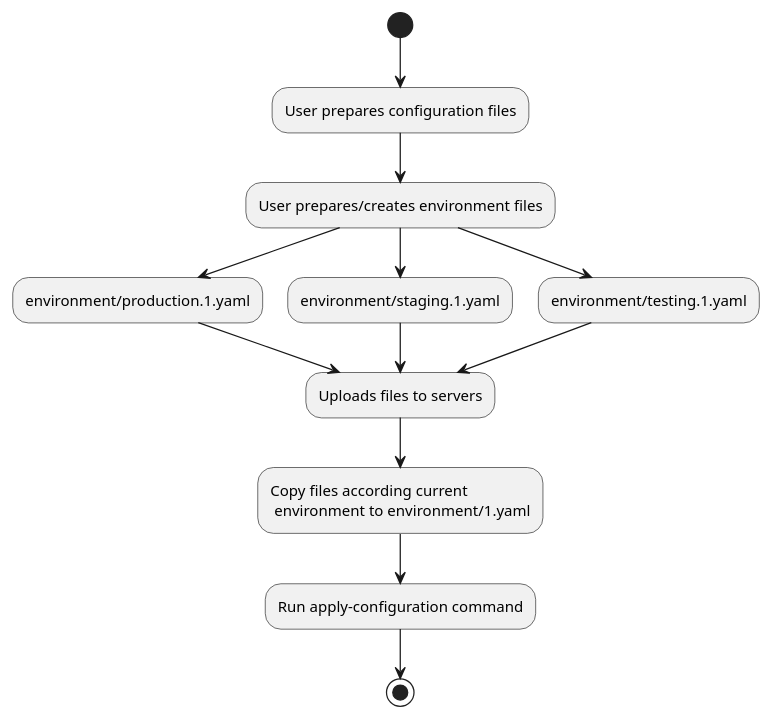
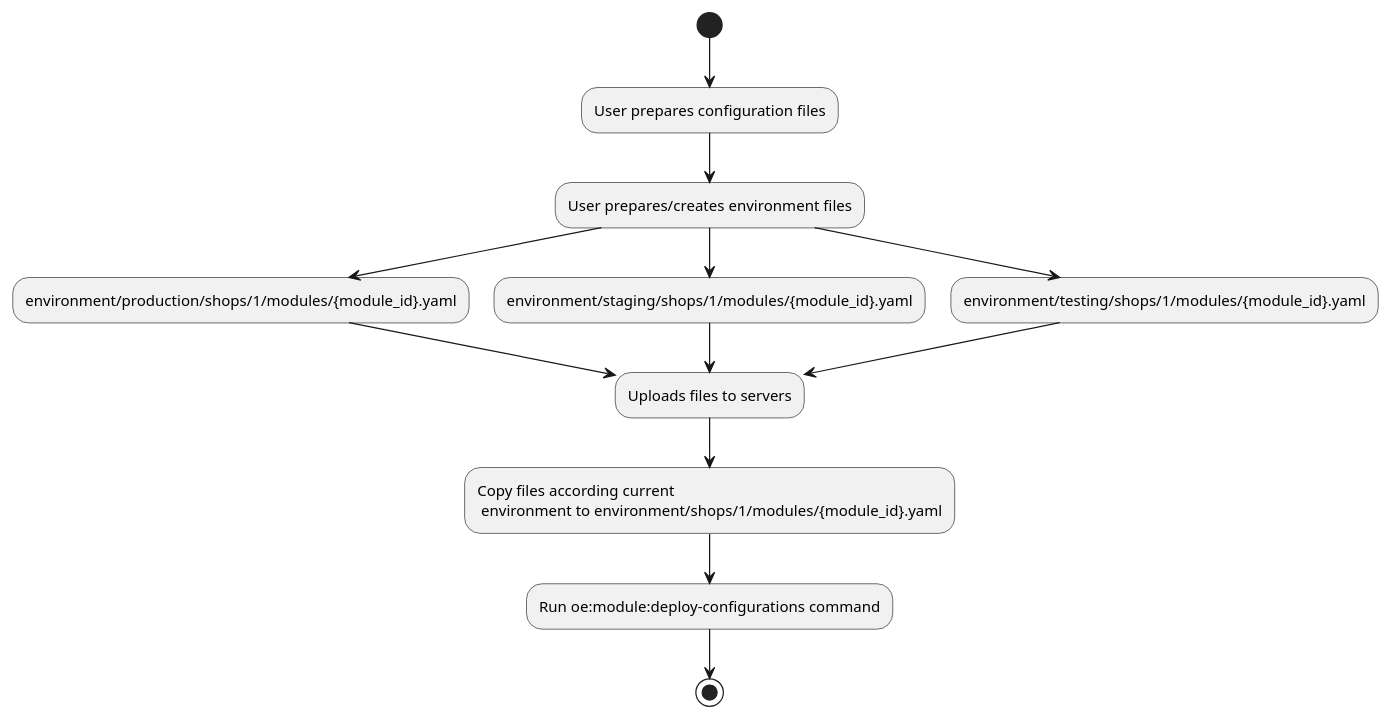
One commit to OXID-eSales/developer_documentation changed the diagram in development/modules_components_themes/project/module_configuration/modules_configuration_deployment.rst. Above: the diagram before and after it, drawn with PlantUML. The commit also changed other lines of this file and 4 other files, not shown here.

Commit message:
Update modules configuration documentation

```diff
--- a/development/modules_components_themes/project/module_configuration/modules_configuration_deployment.rst
+++ b/development/modules_components_themes/project/module_configuration/modules_configuration_deployment.rst
@@ -7,17 +7,17 @@
 .. uml::
 
     @startuml
 
     (*)--> "User prepares configuration files"
     --> "User prepares/creates environment files"
-    "User prepares/creates environment files" --> "environment/production.1.yaml"
-    "User prepares/creates environment files" --> "environment/staging.1.yaml"
-    "User prepares/creates environment files" --> "environment/testing.1.yaml"
-    "environment/production.1.yaml" --> "Uploads files to servers"
-    "environment/staging.1.yaml" --> "Uploads files to servers"
-    "environment/testing.1.yaml" --> "Uploads files to servers"
-    --> "Copy files according current\n environment to environment/1.yaml"
-    --> "Run apply-configuration command"
+    "User prepares/creates environment files" --> "environment/production/shops/1/modules/{module_id}.yaml"
+    "User prepares/creates environment files" --> "environment/staging/shops/1/modules/{module_id}.yaml"
+    "User prepares/creates environment files" --> "environment/testing/shops/1/modules/{module_id}.yaml"
+    "environment/production/shops/1/modules/{module_id}.yaml" --> "Uploads files to servers"
+    "environment/staging/shops/1/modules/{module_id}.yaml" --> "Uploads files to servers"
+    "environment/testing/shops/1/modules/{module_id}.yaml" --> "Uploads files to servers"
+    --> "Copy files according current\n environment to environment/shops/1/modules/{module_id}.yaml"
+    --> "Run oe:module:deploy-configurations command"
     --> (*)
 
     @enduml
```
